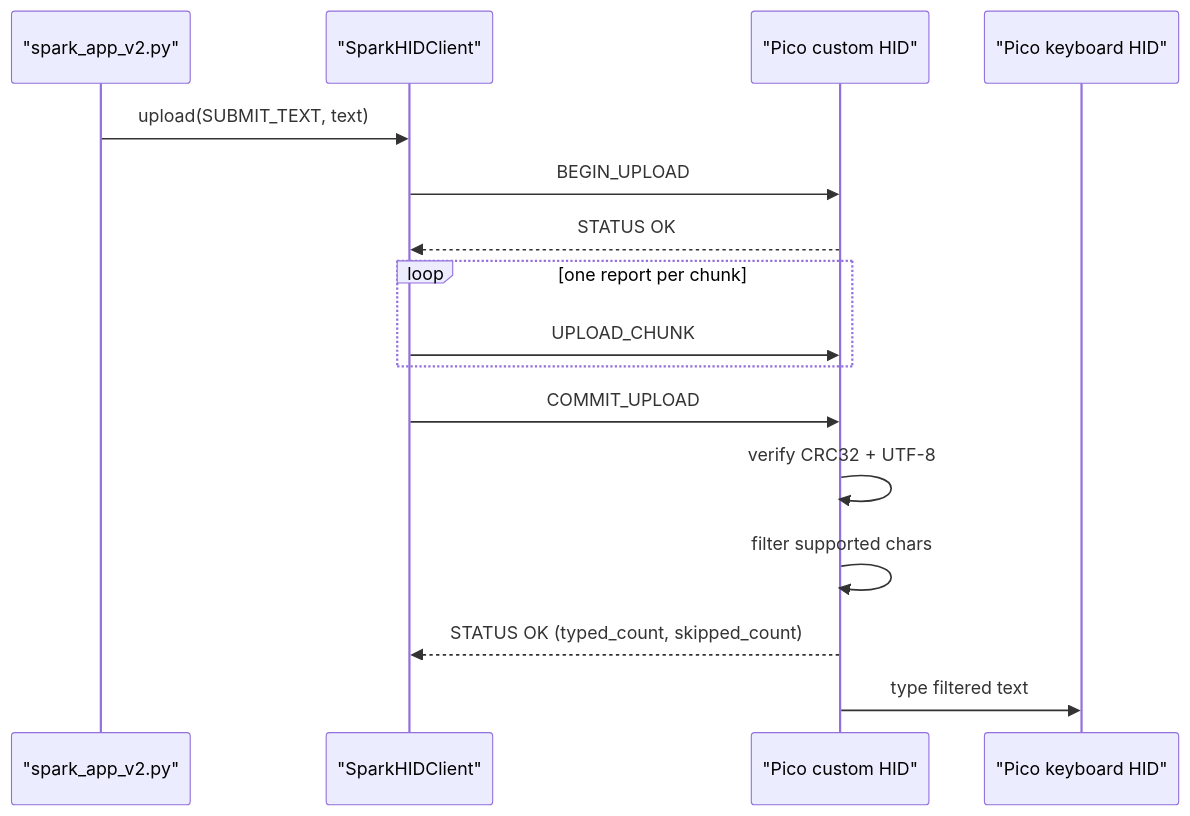
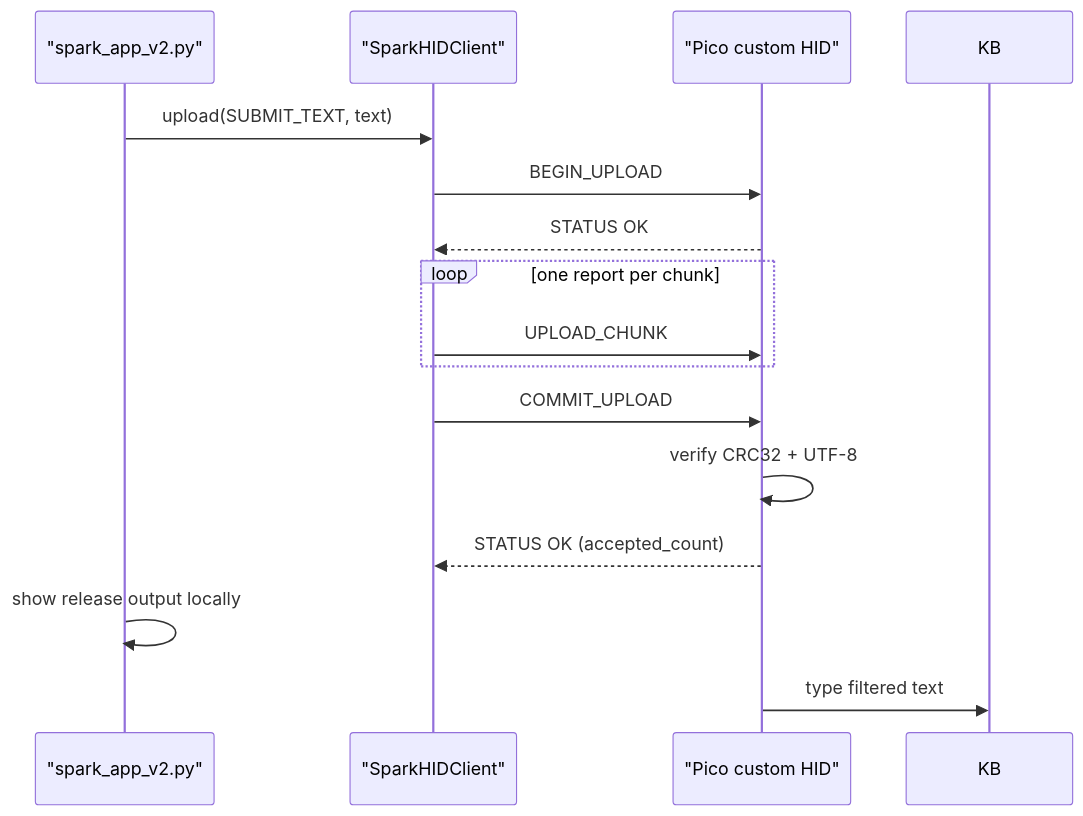
The first of 3 diagrams in ENGINEERING_SPEC.md (Tatyana-AC/SPARK), drawn with Mermaid before and after one commit. The commit also changed other lines of this file and 27 other files, not shown here.

Commit message:
Remove Pico typeback and show release output in app

````diff
--- a/ENGINEERING_SPEC.md
+++ b/ENGINEERING_SPEC.md
@@ -215,19 +209,18 @@
 ```mermaid
 sequenceDiagram
     participant App as "spark_app_v2.py"
     participant HID as "SparkHIDClient"
     participant Pico as "Pico custom HID"
-    participant KB as "Pico keyboard HID"
 
     App->>HID: upload(SUBMIT_TEXT, text)
     HID->>Pico: BEGIN_UPLOAD
     Pico-->>HID: STATUS OK
     loop one report per chunk
         HID->>Pico: UPLOAD_CHUNK
     end
     HID->>Pico: COMMIT_UPLOAD
     Pico->>Pico: verify CRC32 + UTF-8
-    Pico->>Pico: filter supported chars
-    Pico-->>HID: STATUS OK (typed_count, skipped_count)
+    Pico-->>HID: STATUS OK (accepted_count)
+    App->>App: show release output locally
     Pico->>KB: type filtered text
 ```
````
